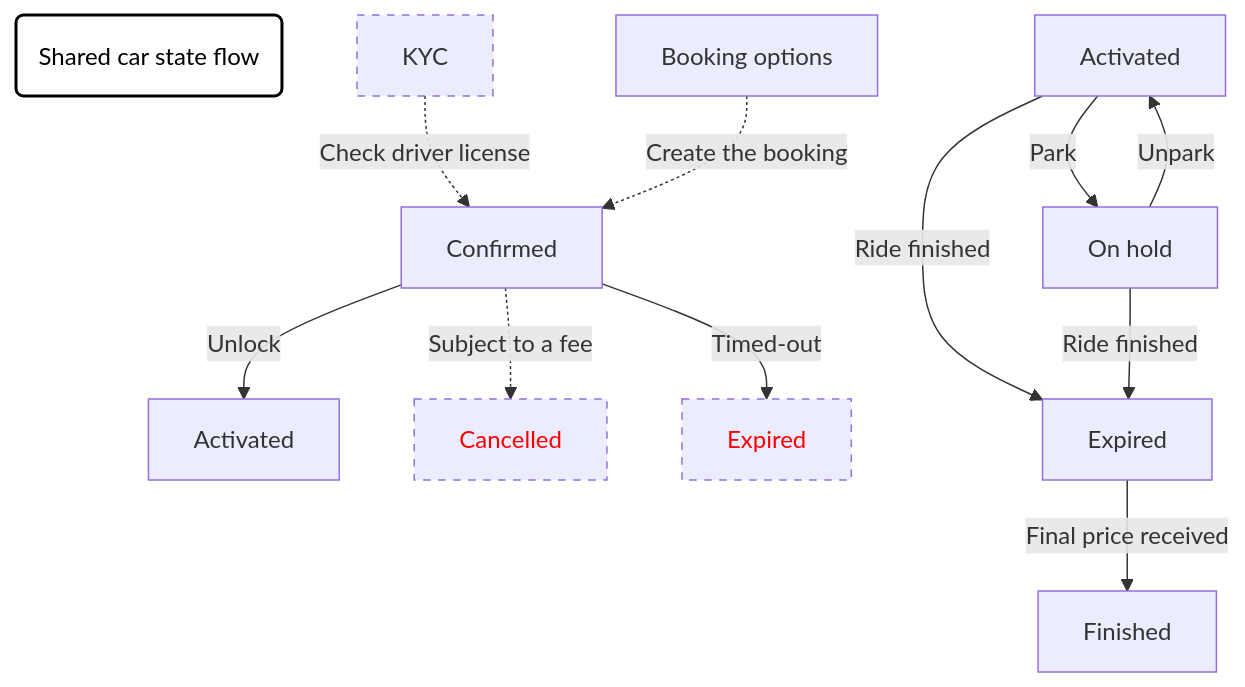
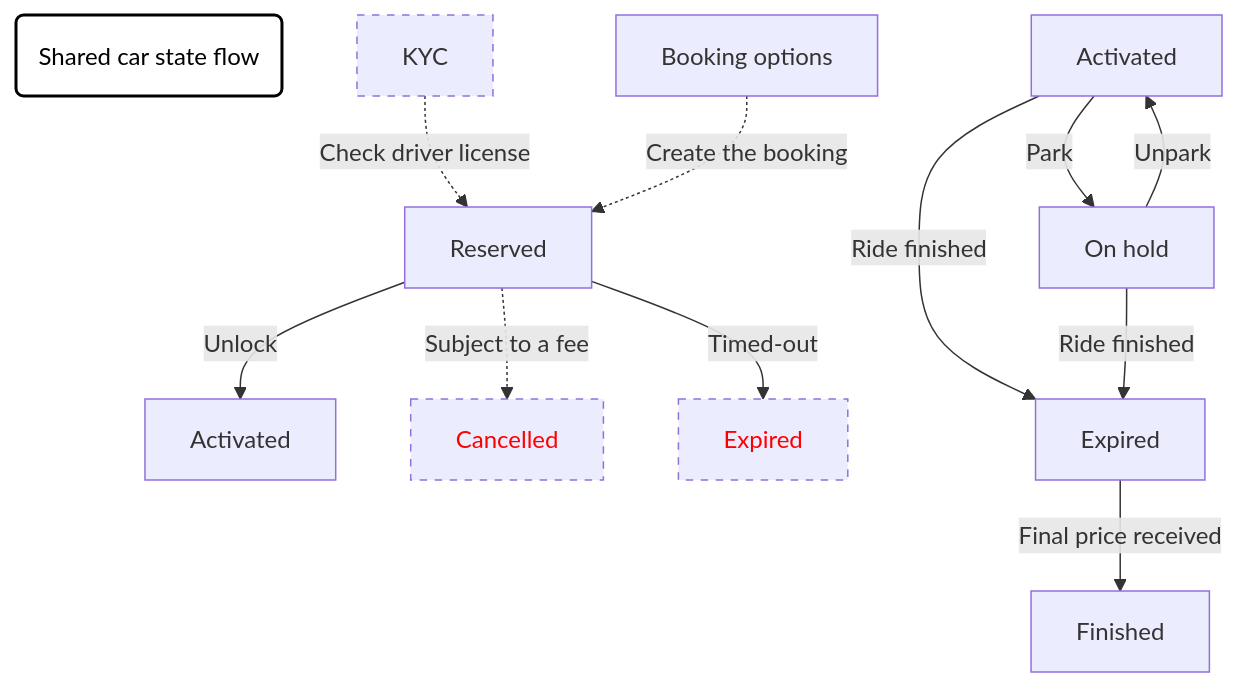
Before and after one commit to maasglobal/maas-tsp-api: the diagram in specs/workflow/car-sharing.mmd, drawn with Mermaid.

Commit message:
Changed for car sharing Confirmed to Reserved

```diff
--- a/specs/workflow/car-sharing.mmd
+++ b/specs/workflow/car-sharing.mmd
@@ -1,18 +1,18 @@
 graph TD
   label1(Shared car state flow)
   %% MermaidJS workflow graph for Taxi TSP
   %% Use https://mermaid-js.github.io/mermaid-live-editor/ to edit
-  KYC[KYC] -.->|Check driver license| Confirmed
-  Options[Booking options] -.->|Create the booking| Confirmed
-  Confirmed -->|Unlock| Activated
-  Confirmed -.->|Subject to a fee| Cancelled
-  Confirmed -->|Timed-out| Expired2[Expired]
+  KYC[KYC] -.->|Check driver license| Reserved
+  Options[Booking options] -.->|Create the booking| Reserved
+  Reserved -->|Unlock| Activated
+  Reserved -.->|Subject to a fee| Cancelled
+  Reserved -->|Timed-out| Expired2[Expired]
   Activated2[Activated] -->|Ride finished| Expired
   Activated2[Activated] -->|Park| On_hold[On hold]
   Expired -->|Final price received| Finished
   On_hold[On hold] -->|Ride finished| Expired
   On_hold[On hold] -->|Unpark| Activated2
   style Cancelled color:red,stroke-dasharray: 5, 5
   style Expired2 color:red,stroke-dasharray: 5, 5
   style label1 stroke-width:2px,color:black,stroke:black,fill:white
   style KYC stroke-dasharray:5,5
```
